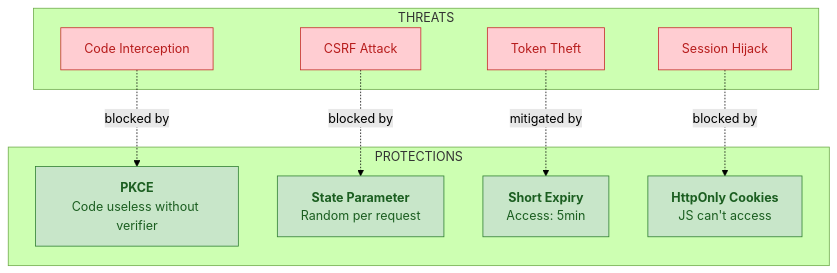
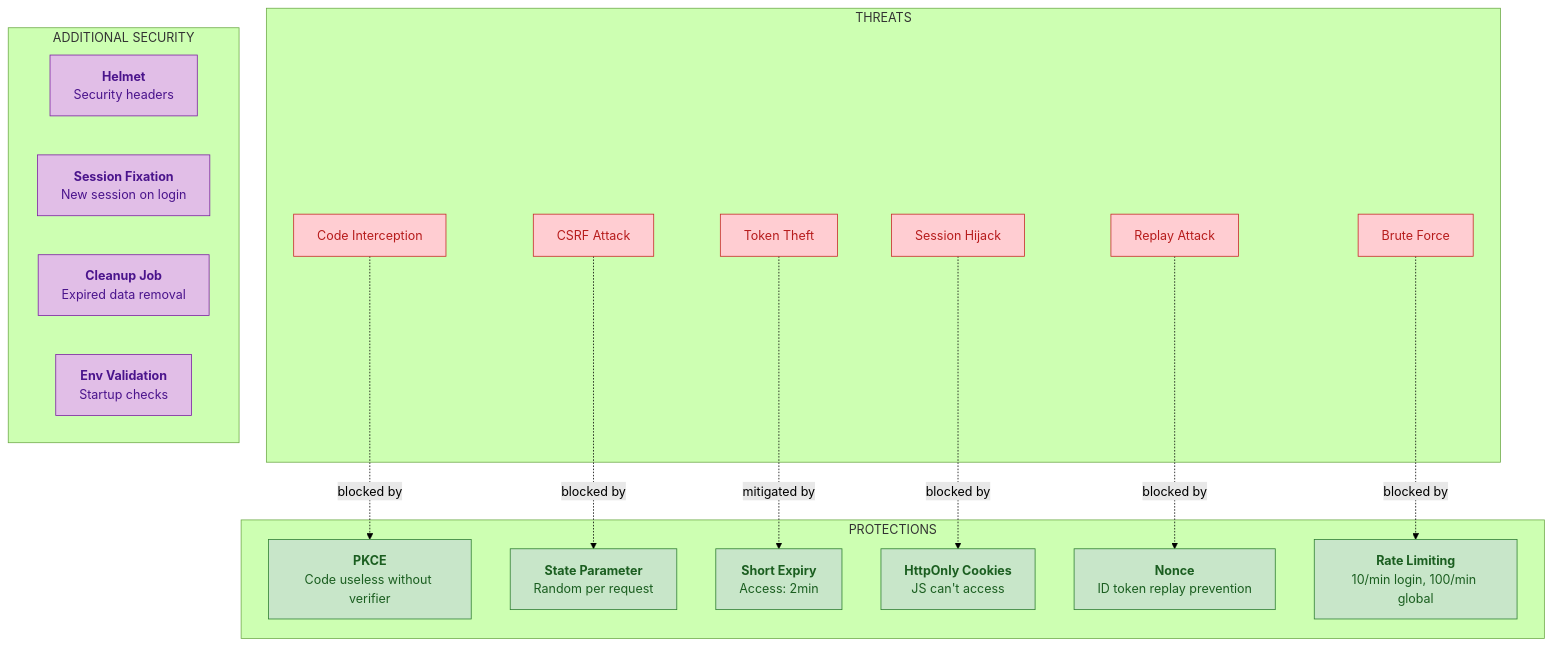
One commit to ioannis-psomadelis/sso-app changed the ninth of 12 diagrams in docs/diagrams/DIAGRAMS_MERMAID.md. Above: the diagram before and after it, drawn with Mermaid (forest theme). The commit also changed other lines of this file and 27 other files, not shown here.

````diff
--- a/docs/diagrams/DIAGRAMS_MERMAID.md
+++ b/docs/diagrams/DIAGRAMS_MERMAID.md
@@ -361,30 +362,51 @@
 ```mermaid
 flowchart TB
     subgraph THREATS["THREATS"]
         T1["Code Interception"]
         T2["CSRF Attack"]
         T3["Token Theft"]
         T4["Session Hijack"]
+        T5["Replay Attack"]
+        T6["Brute Force"]
     end
 
     subgraph PROTECTIONS["PROTECTIONS"]
         P1["<b>PKCE</b><br/>Code useless without verifier"]
         P2["<b>State Parameter</b><br/>Random per request"]
-        P3["<b>Short Expiry</b><br/>Access: 5min"]
+        P3["<b>Short Expiry</b><br/>Access: 2min"]
         P4["<b>HttpOnly Cookies</b><br/>JS can't access"]
+        P5["<b>Nonce</b><br/>ID token replay prevention"]
+        P6["<b>Rate Limiting</b><br/>10/min login, 100/min global"]
+    end
+
+    subgraph ADDITIONAL["ADDITIONAL SECURITY"]
+        A1["<b>Helmet</b><br/>Security headers"]
+        A2["<b>Session Fixation</b><br/>New session on login"]
+        A3["<b>Cleanup Job</b><br/>Expired data removal"]
+        A4["<b>Env Validation</b><br/>Startup checks"]
     end
 
     T1 -.->|"blocked by"| P1
     T2 -.->|"blocked by"| P2
     T3 -.->|"mitigated by"| P3
     T4 -.->|"blocked by"| P4
+    T5 -.->|"blocked by"| P5
+    T6 -.->|"blocked by"| P6
 
     style T1 fill:#FFCDD2,stroke:#C62828,color:#B71C1C
     style T2 fill:#FFCDD2,stroke:#C62828,color:#B71C1C
     style T3 fill:#FFCDD2,stroke:#C62828,color:#B71C1C
     style T4 fill:#FFCDD2,stroke:#C62828,color:#B71C1C
+    style T5 fill:#FFCDD2,stroke:#C62828,color:#B71C1C
+    style T6 fill:#FFCDD2,stroke:#C62828,color:#B71C1C
     style P1 fill:#C8E6C9,stroke:#2E7D32,color:#1B5E20
     style P2 fill:#C8E6C9,stroke:#2E7D32,color:#1B5E20
     style P3 fill:#C8E6C9,stroke:#2E7D32,color:#1B5E20
     style P4 fill:#C8E6C9,stroke:#2E7D32,color:#1B5E20
+    style P5 fill:#C8E6C9,stroke:#2E7D32,color:#1B5E20
+    style P6 fill:#C8E6C9,stroke:#2E7D32,color:#1B5E20
+    style A1 fill:#E1BEE7,stroke:#7B1FA2,color:#4A148C
+    style A2 fill:#E1BEE7,stroke:#7B1FA2,color:#4A148C
+    style A3 fill:#E1BEE7,stroke:#7B1FA2,color:#4A148C
+    style A4 fill:#E1BEE7,stroke:#7B1FA2,color:#4A148C
 ```
````
